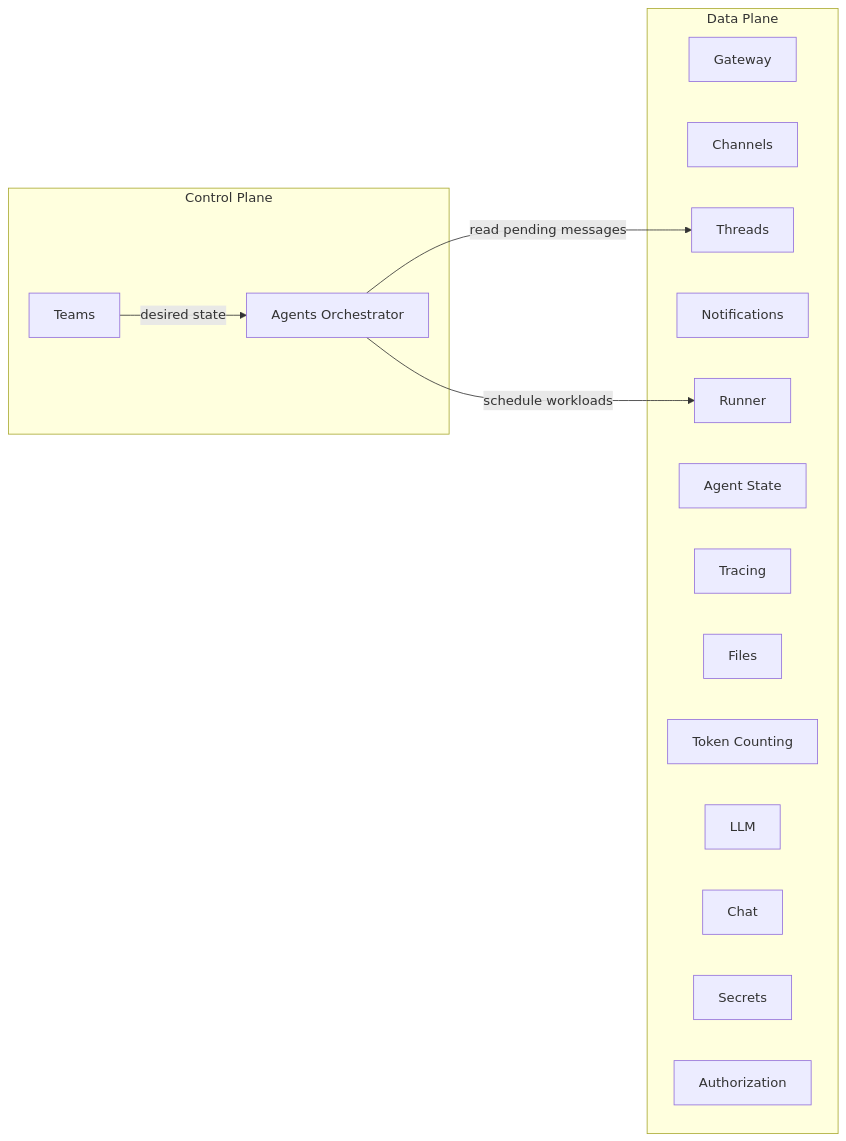
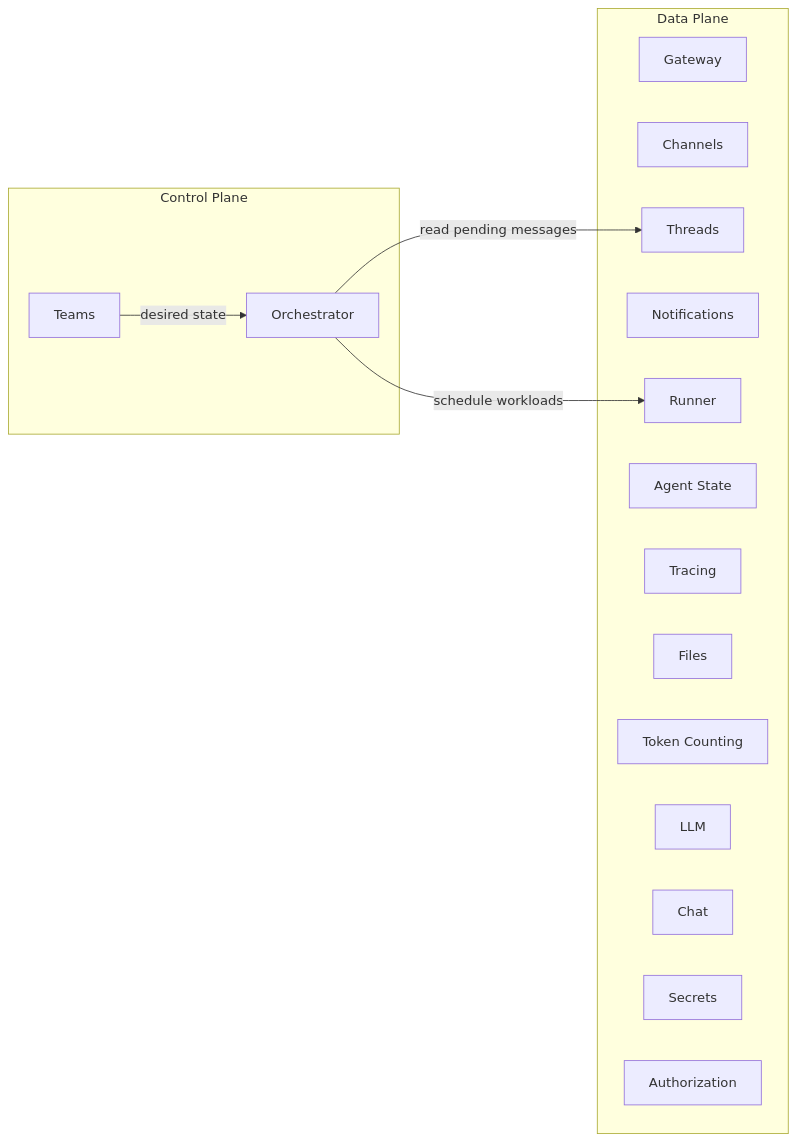
The first of 2 diagrams in architecture/control-data-plane.md (agynio/architecture), drawn with Mermaid before and after one commit. The commit also changed other lines of this file and 12 other files, not shown here.

````diff
--- a/architecture/control-data-plane.md
+++ b/architecture/control-data-plane.md
@@ -21,27 +21,27 @@
 ```mermaid
 graph LR
     subgraph Control Plane
         Teams
-        AgentsOrch[Agents Orchestrator]
+        Orch[Orchestrator]
     end
 
     subgraph Data Plane
         Gateway
         Channels
         Threads
         Notifications
         Runner
         AgentState[Agent State]
         Tracing
         Files
         TokenCounting[Token Counting]
         LLM
         Chat
         Secrets
         Authorization
     end
 
-    Teams -->|desired state| AgentsOrch
-    AgentsOrch -->|schedule workloads| Runner
-    AgentsOrch -->|read pending messages| Threads
+    Teams -->|desired state| Orch
+    Orch -->|schedule workloads| Runner
+    Orch -->|read pending messages| Threads
 ```
````
